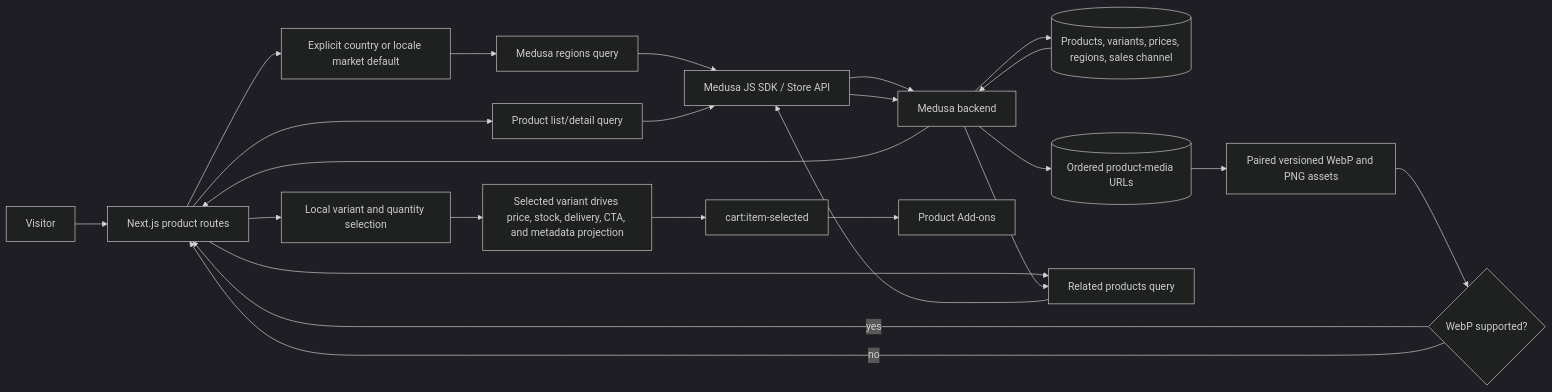
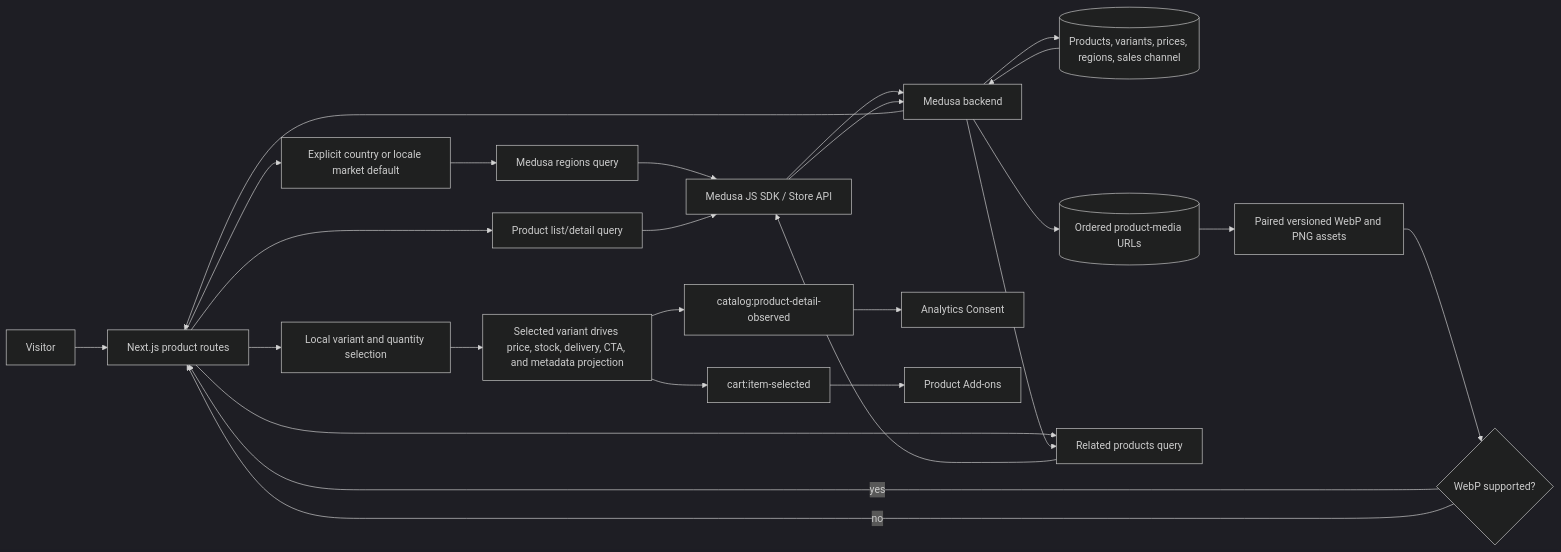
Before and after one commit to AtoshaKartosha/sunluk: the third of 3 diagrams in flows/features/catalog-browsing.md, drawn with Mermaid (dark theme). The commit also changed other lines of this file and 10 other files, not shown here.

````diff
--- a/flows/features/catalog-browsing.md
+++ b/flows/features/catalog-browsing.md
@@ -123,26 +126,28 @@
 ```mermaid
 flowchart LR
   Visitor[Visitor] --> UI[Next.js product routes]
   UI --> Config[Explicit country or locale market default]
   Config --> RegionQuery[Medusa regions query]
   RegionQuery --> SDK[Medusa JS SDK / Store API]
   UI --> ProductQuery[Product list/detail query]
   ProductQuery --> SDK
   SDK --> Backend[Medusa backend]
   Backend --> Catalog[(Products, variants, prices, regions, sales channel)]
   Backend --> Media[(Ordered product-media URLs)]
   Media --> Assets[Paired versioned WebP and PNG assets]
   Assets --> BrowserChoice{WebP supported?}
   BrowserChoice -->|yes| UI
   BrowserChoice -->|no| UI
   Catalog --> Backend
   Backend --> UI
   UI --> Selection[Local variant and quantity selection]
   Selection --> Projection[Selected variant drives price, stock, delivery, CTA, and metadata projection]
+  Projection --> DetailEvent[catalog:product-detail-observed]
+  DetailEvent --> Analytics[Analytics Consent]
   Projection --> Event[cart:item-selected]
   Event --> Addons[Product Add-ons]
   UI --> Related[Related products query]
   Related --> SDK
   SDK --> Backend[Medusa backend]
   Backend --> Related
 ```
````
